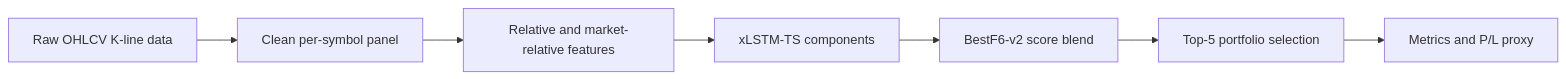
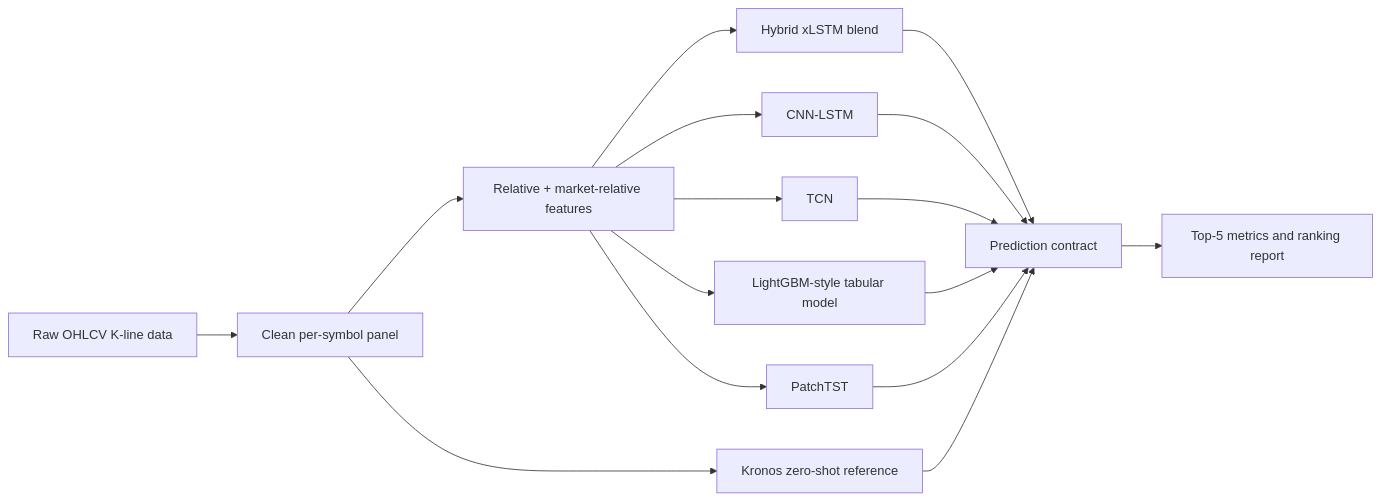
The diagram in README.md (PhuocDang2104/hcmut-vn-stock-prediction), drawn with Mermaid before and after one commit. The commit also changed other lines of this file and 31 other files, not shown here.

Commit message:
Update final top-5 model suite

````diff
--- a/README.md
+++ b/README.md
@@ -33,9 +40,18 @@
 ```mermaid
 flowchart LR
     A[Raw OHLCV K-line data] --> B[Clean per-symbol panel]
-    B --> C[Relative and market-relative features]
-    C --> D[xLSTM-TS components]
-    D --> E[BestF6-v2 score blend]
-    E --> F[Top-5 portfolio selection]
-    F --> G[Metrics and P/L proxy]
+    B --> C[Relative + market-relative features]
+    C --> D1[Hybrid xLSTM blend]
+    C --> D2[CNN-LSTM]
+    C --> D3[TCN]
+    C --> D4[LightGBM-style tabular model]
+    C --> D5[PatchTST]
+    B --> D6[Kronos zero-shot reference]
+    D1 --> E[Prediction contract]
+    D2 --> E
+    D3 --> E
+    D4 --> E
+    D5 --> E
+    D6 --> E
+    E --> F[Top-5 metrics and ranking report]
 ```
````
